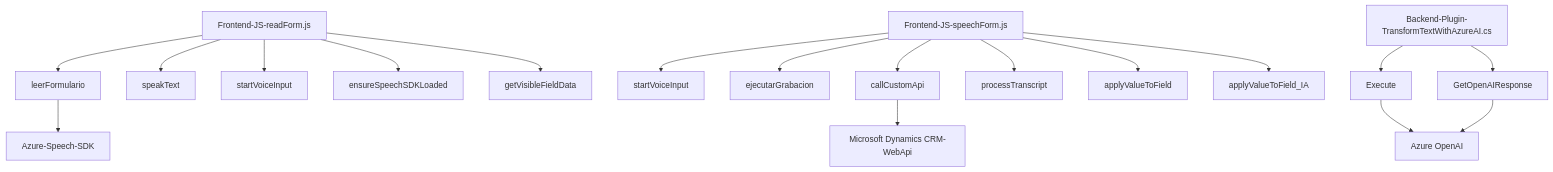
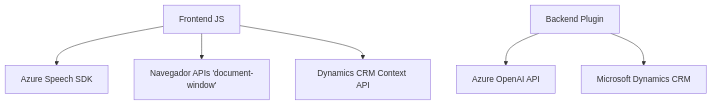
One commit to blopezdm/NETCORE_BILBAO2025 changed the diagram in README.md. Above: the diagram before and after it, drawn with Mermaid. The commit also changed other lines of this file, not shown here.

````diff
--- a/README.md
+++ b/README.md
@@ -59,23 +54,16 @@
 ```mermaid
 graph TD
-A[Frontend-JS-readForm.js] --> B["leerFormulario"]
-A --> C["speakText"]
-A --> D["startVoiceInput"]
-A --> E["ensureSpeechSDKLoaded"]
-A --> F["getVisibleFieldData"]
+    A["Frontend JS"]
+    B["Azure Speech SDK"]
+    C["Navegador APIs 'document-window'"]
+    D["Dynamics CRM Context API"]
+    F["Backend Plugin"]
+    G["Azure OpenAI API"]
+    H["Microsoft Dynamics CRM"]
 
-G[Frontend-JS-speechForm.js] --> H["startVoiceInput"]
-G --> I["ejecutarGrabacion"]
-G --> J["callCustomApi"]
-G --> K["processTranscript"]
-G --> L["applyValueToField"]
-G --> M["applyValueToField_IA"]
-
-N[Backend-Plugin-TransformTextWithAzureAI.cs] --> O["Execute"]
-N --> P["GetOpenAIResponse"]
-
-B --> Q["Azure-Speech-SDK"]
-J --> R["Microsoft Dynamics CRM-WebApi"]
-O --> S["Azure OpenAI"]
-P --> S
+    A --> B 
+    A --> C
+    A --> D 
+    F --> G
+    F --> H
 ```
````
